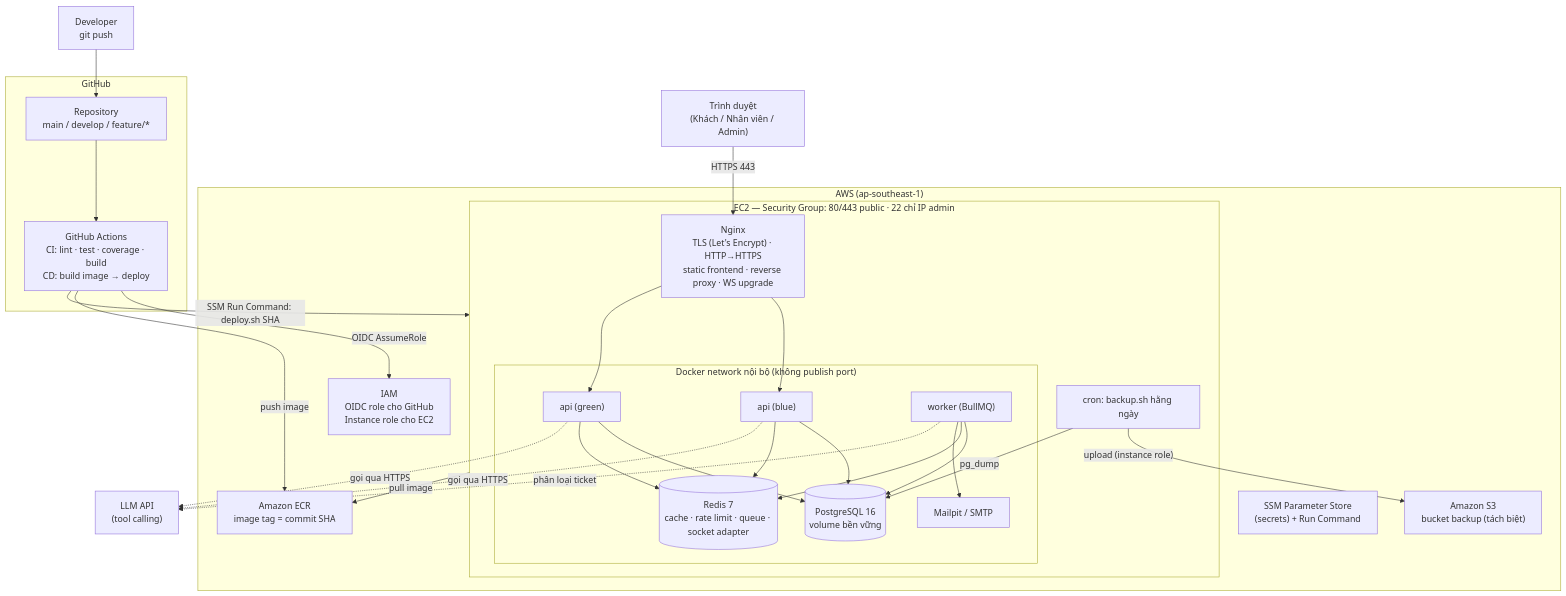
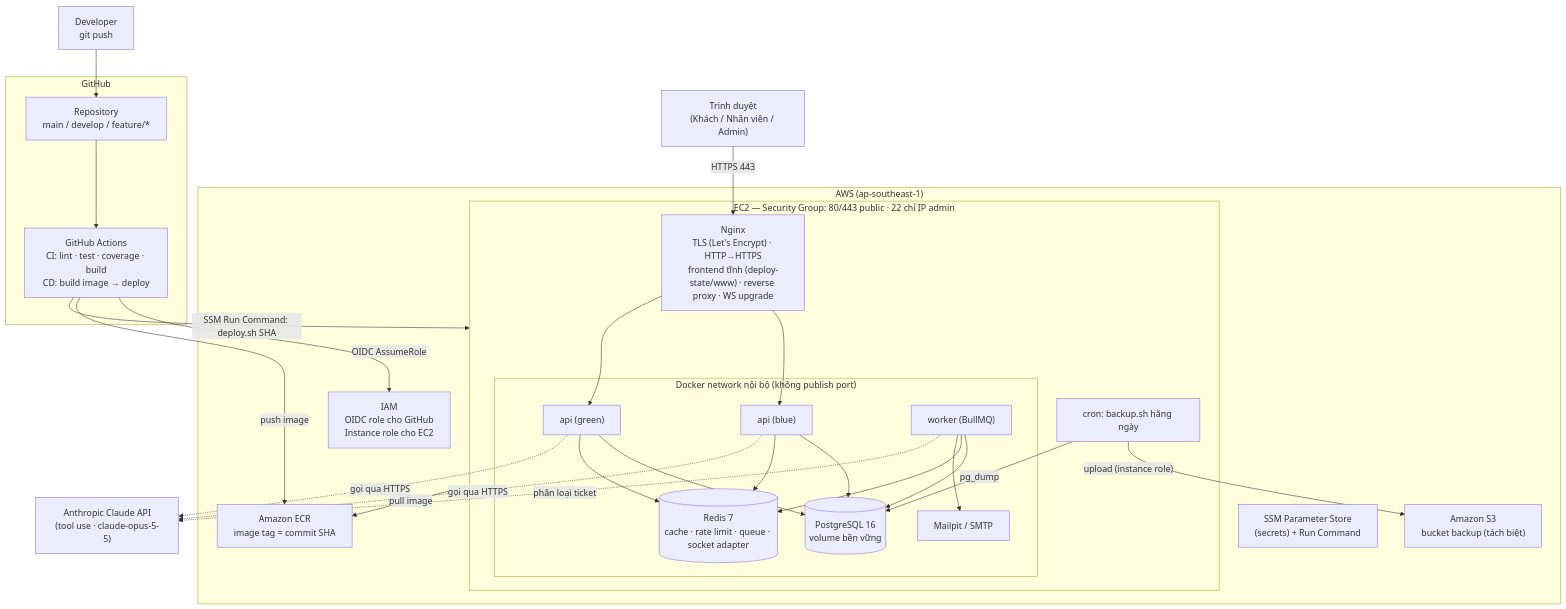
The first of 4 diagrams in docs/architecture.md (SonBanQuyenn/MD6), drawn with Mermaid before and after one commit. The commit also changed other lines of this file and 1 other file, not shown here.

Commit message:
docs: update architecture and database design to the implemented state

````diff
--- a/docs/architecture.md
+++ b/docs/architecture.md
@@ -22,47 +24,47 @@
 ```mermaid
 flowchart TB
   user["Trình duyệt<br/>(Khách / Nhân viên / Admin)"]
   dev["Developer<br/>git push"]
 
   subgraph GH["GitHub"]
     repo["Repository<br/>main / develop / feature/*"]
     gha["GitHub Actions<br/>CI: lint · test · coverage · build<br/>CD: build image → deploy"]
   end
 
   subgraph AWS["AWS (ap-southeast-1)"]
     ecr["Amazon ECR<br/>image tag = commit SHA"]
     s3["Amazon S3<br/>bucket backup (tách biệt)"]
     ssm["SSM Parameter Store<br/>(secrets) + Run Command"]
     iam["IAM<br/>OIDC role cho GitHub<br/>Instance role cho EC2"]
 
     subgraph EC2["EC2 — Security Group: 80/443 public · 22 chỉ IP admin"]
-      nginx["Nginx<br/>TLS (Let's Encrypt) · HTTP→HTTPS<br/>static frontend · reverse proxy · WS upgrade"]
+      nginx["Nginx<br/>TLS (Let's Encrypt) · HTTP→HTTPS<br/>frontend tĩnh (deploy-state/www) · reverse proxy · WS upgrade"]
       subgraph net["Docker network nội bộ (không publish port)"]
         apiB["api (blue)"]
         apiG["api (green)"]
         worker["worker (BullMQ)"]
         pg[("PostgreSQL 16<br/>volume bền vững")]
         redis[("Redis 7<br/>cache · rate limit · queue · socket adapter")]
         mail["Mailpit / SMTP"]
       end
       cron["cron: backup.sh hằng ngày"]
     end
   end
 
-  llm["LLM API<br/>(tool calling)"]
+  llm["Anthropic Claude API<br/>(tool use · claude-opus-5-5)"]
 
   user -- HTTPS 443 --> nginx
   nginx --> apiB & apiG
   apiB & apiG --> pg & redis
   worker --> pg & redis & mail
   apiB & apiG -. gọi qua HTTPS .-> llm
   worker -. phân loại ticket .-> llm
   cron -- pg_dump --> pg
   cron -- upload (instance role) --> s3
 
   dev --> repo --> gha
   gha -- OIDC AssumeRole --> iam
   gha -- push image --> ecr
   gha -- SSM Run Command: deploy.sh SHA --> EC2
   EC2 -- pull image --> ecr
 ```
````
